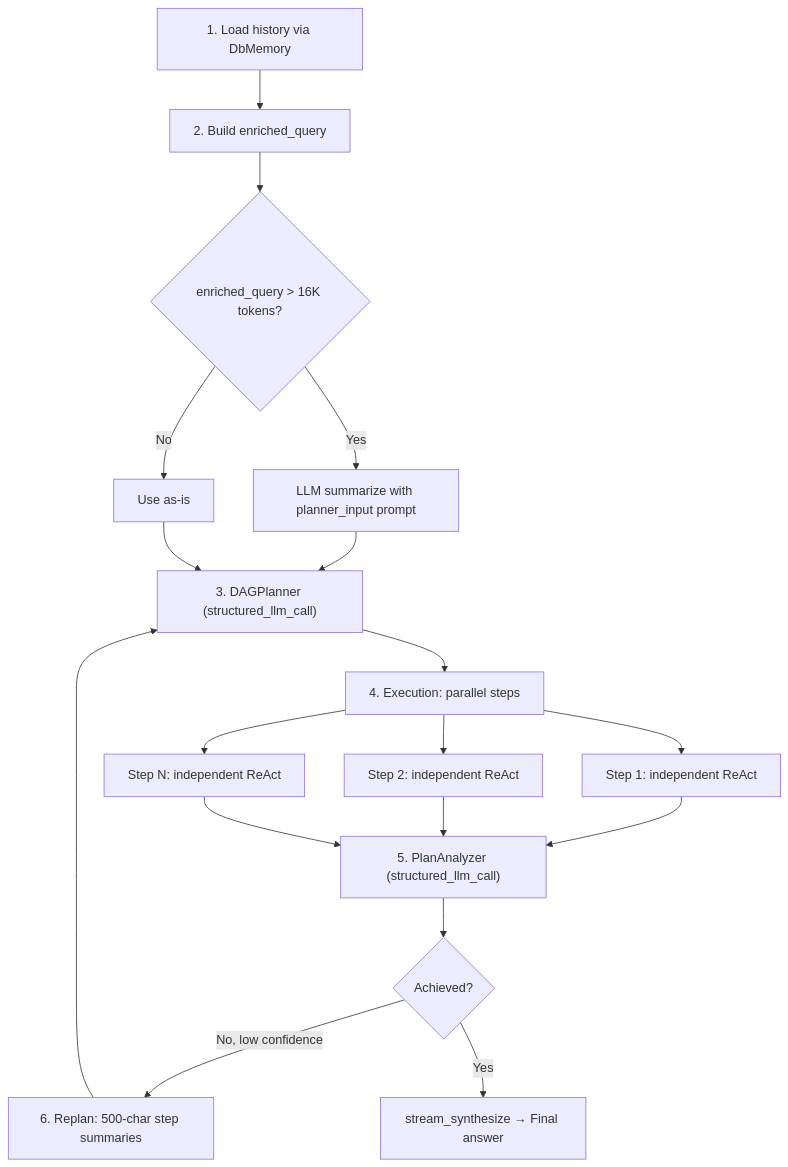
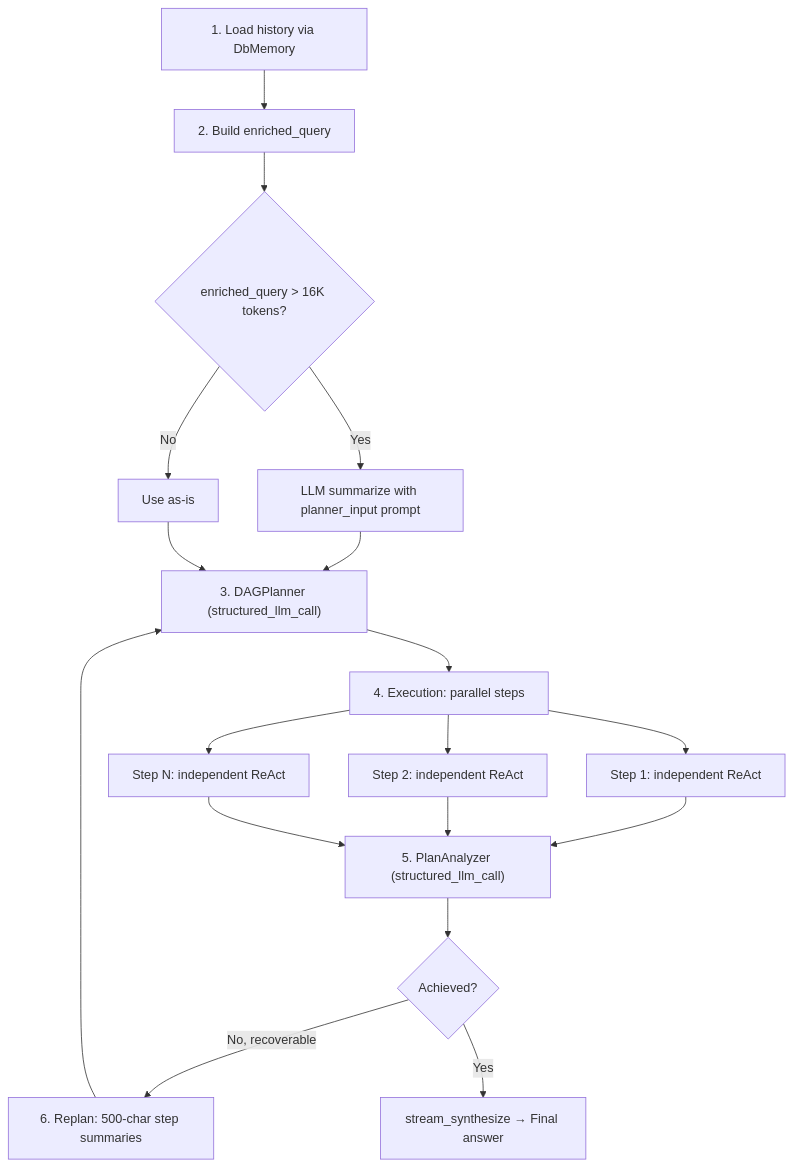
Before and after one commit to fim-ai/fim-one: the third of 3 diagrams in docs/architecture/context-management.mdx, drawn with Mermaid. The commit also changed other lines of this file and 9 other files, not shown here.

First line of the commit message:
docs(architecture): align engine, hook and discovery pages with the code

````diff
--- a/docs/architecture/context-management.mdx
+++ b/docs/architecture/context-management.mdx
@@ -191,20 +191,20 @@
 ```mermaid
 flowchart TD
     A["1. Load history via DbMemory"] --> B["2. Build enriched_query"]
     B --> C{"enriched_query > 16K tokens?"}
     C -->|Yes| D["LLM summarize with planner_input prompt"]
     C -->|No| E["Use as-is"]
     D --> F["3. DAGPlanner (structured_llm_call)"]
     E --> F
     F --> G["4. Execution: parallel steps"]
     G --> H["Step 1: independent ReAct"]
     G --> I["Step 2: independent ReAct"]
     G --> J["Step N: independent ReAct"]
     H --> K["5. PlanAnalyzer (structured_llm_call)"]
     I --> K
     J --> K
     K --> L{"Achieved?"}
-    L -->|No, low confidence| M["6. Replan: 500-char step summaries"]
+    L -->|No, recoverable| M["6. Replan: 500-char step summaries"]
     M --> F
     L -->|Yes| N["stream_synthesize → Final answer"]
 ```
````
